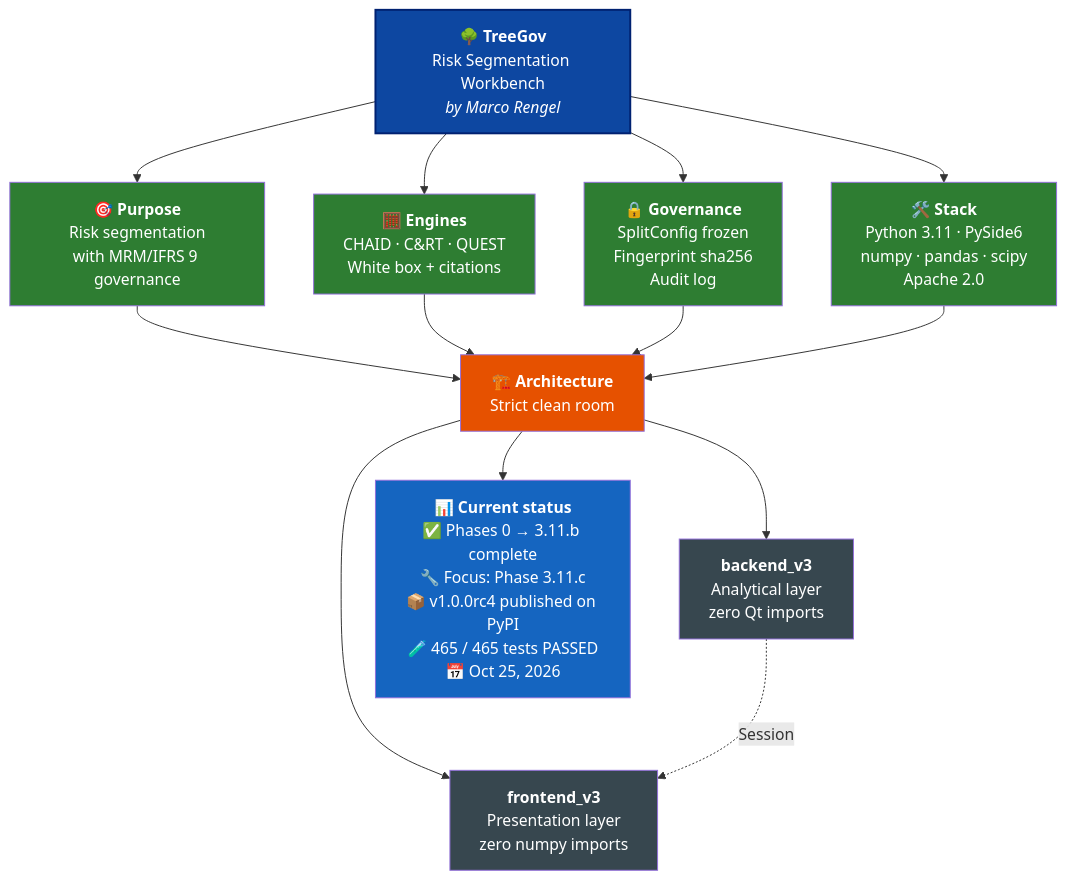
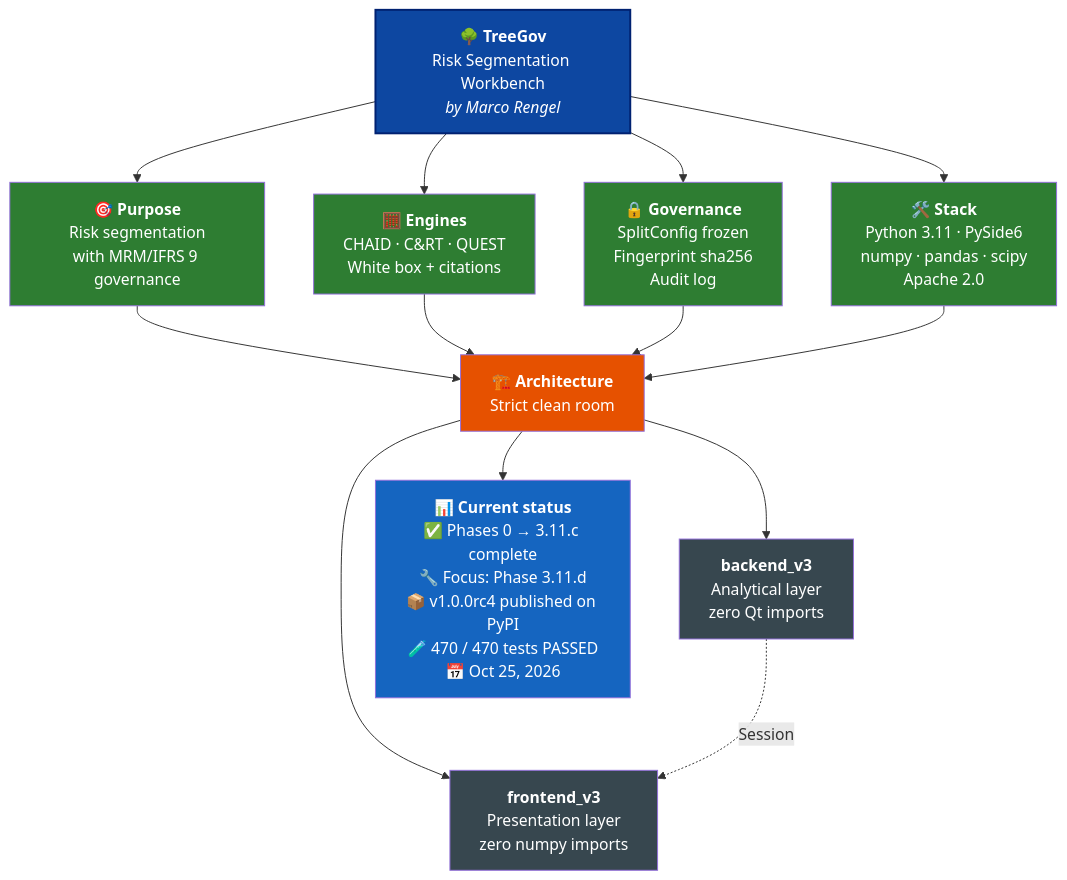
One commit to Marco-Rengel/treegov changed the diagram in README.md. Above: the diagram before and after it, drawn with Mermaid. The commit also changed other lines of this file and 8 other files, not shown here.

````diff
--- a/README.md
+++ b/README.md
@@ -38,31 +38,31 @@
 ```mermaid
 flowchart TB
     TG["<b>🌳 TreeGov</b><br/>Risk Segmentation Workbench<br/><i>by Marco Rengel</i>"]
 
     TG --> P["<b>🎯 Purpose</b><br/>Risk segmentation<br/>with MRM/IFRS 9 governance"]
     TG --> M["<b>🧮 Engines</b><br/>CHAID · C&RT · QUEST<br/>White box + citations"]
     TG --> G["<b>🔒 Governance</b><br/>SplitConfig frozen<br/>Fingerprint sha256<br/>Audit log"]
     TG --> S["<b>🛠️ Stack</b><br/>Python 3.11 · PySide6<br/>numpy · pandas · scipy<br/>Apache 2.0"]
 
     P --> ARQ["<b>🏗️ Architecture</b><br/>Strict clean room"]
     M --> ARQ
     G --> ARQ
     S --> ARQ
 
     ARQ --> BE["<b>backend_v3</b><br/>Analytical layer<br/>zero Qt imports"]
     ARQ --> FE["<b>frontend_v3</b><br/>Presentation layer<br/>zero numpy imports"]
 
     BE -.->|Session| FE
 
-    ARQ --> ST["<b>📊 Current status</b><br/>✅ Phases 0 → 3.11.b complete<br/>🔧 Focus: Phase 3.11.c<br/>📦 v1.0.0rc4 published on PyPI<br/>🧪 465 / 465 tests PASSED<br/>📅 Oct 25, 2026"]
+    ARQ --> ST["<b>📊 Current status</b><br/>✅ Phases 0 → 3.11.c complete<br/>🔧 Focus: Phase 3.11.d<br/>📦 v1.0.0rc4 published on PyPI<br/>🧪 470 / 470 tests PASSED<br/>📅 Oct 25, 2026"]
 
     style TG fill:#0D47A1,color:#fff,stroke:#002171,stroke-width:2px
     style P fill:#2E7D32,color:#fff
     style M fill:#2E7D32,color:#fff
     style G fill:#2E7D32,color:#fff
     style S fill:#2E7D32,color:#fff
     style ARQ fill:#E65100,color:#fff
     style BE fill:#37474F,color:#fff
     style FE fill:#37474F,color:#fff
     style ST fill:#1565C0,color:#fff
 ```
````
